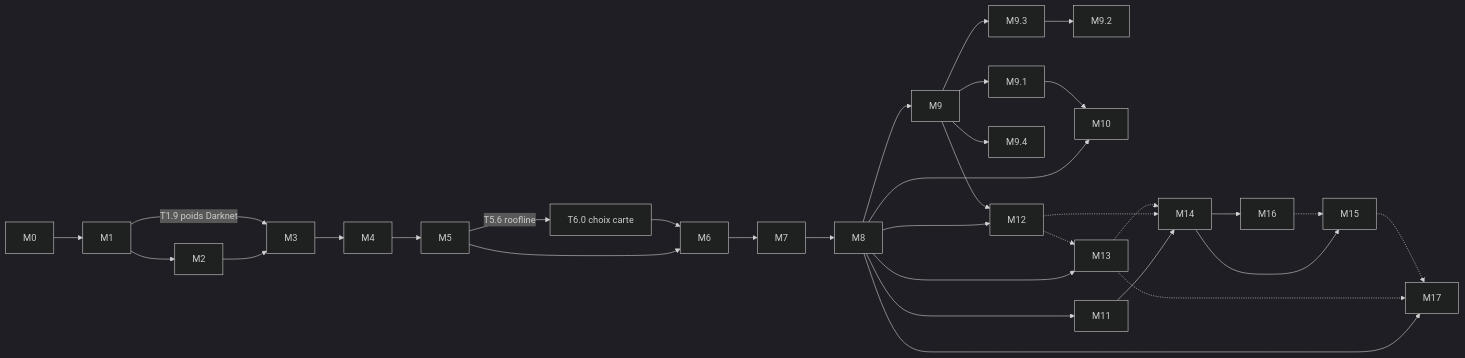
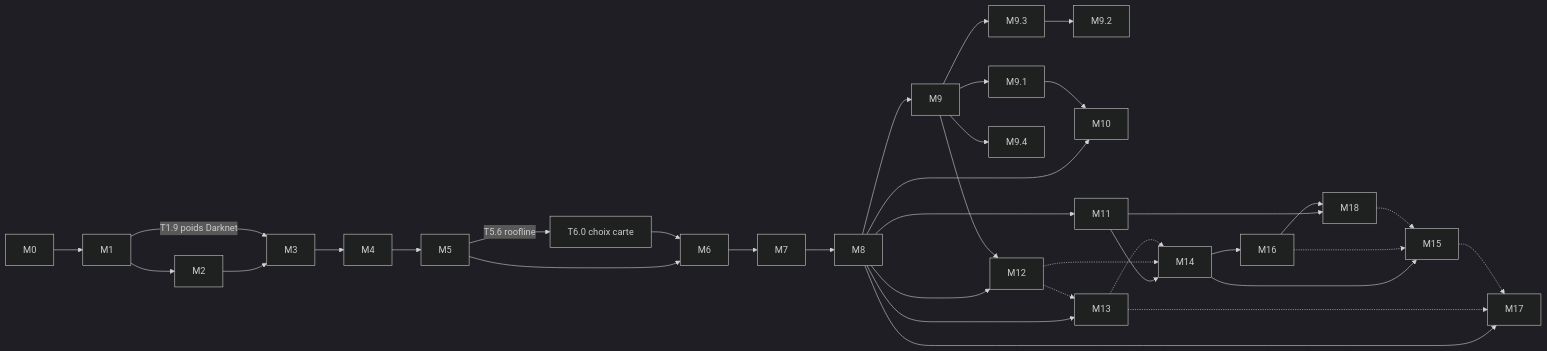
One commit to lrivals/EmbeddedComputervision changed the diagram in docs/tasks/README.md. Above: the diagram before and after it, drawn with Mermaid (dark theme). The commit also changed other lines of this file and 38 other files, not shown here.

````diff
--- a/docs/tasks/README.md
+++ b/docs/tasks/README.md
@@ -38,26 +39,29 @@
 ```mermaid
 graph LR
   M0 --> M1 --> M2 --> M3
   M1 -- "T1.9 poids Darknet" --> M3
   M3 --> M4 --> M5 --> M6 --> M7 --> M8
   M5 -- "T5.6 roofline" --> T60["T6.0 choix carte"] --> M6
   M8 --> M9
   M9 --> M91[M9.1] & M93[M9.3] & M94[M9.4]
   M93 --> M92[M9.2]
   M8 --> M10[M10]
   M91 --> M10
   M8 --> M11[M11]
   M8 --> M12[M12]
   M9 --> M12
   M8 --> M13[M13]
   M12 -.-> M13
   M11 --> M14[M14]
   M12 -.-> M14
   M13 -.-> M14
   M14 --> M15[M15]
   M14 --> M16[M16]
   M16 -.-> M15
   M8 --> M17[M17]
   M13 -.-> M17
   M15 -.-> M17
+  M11 --> M18[M18]
+  M16 --> M18
+  M18 -.-> M15
 ```
````
